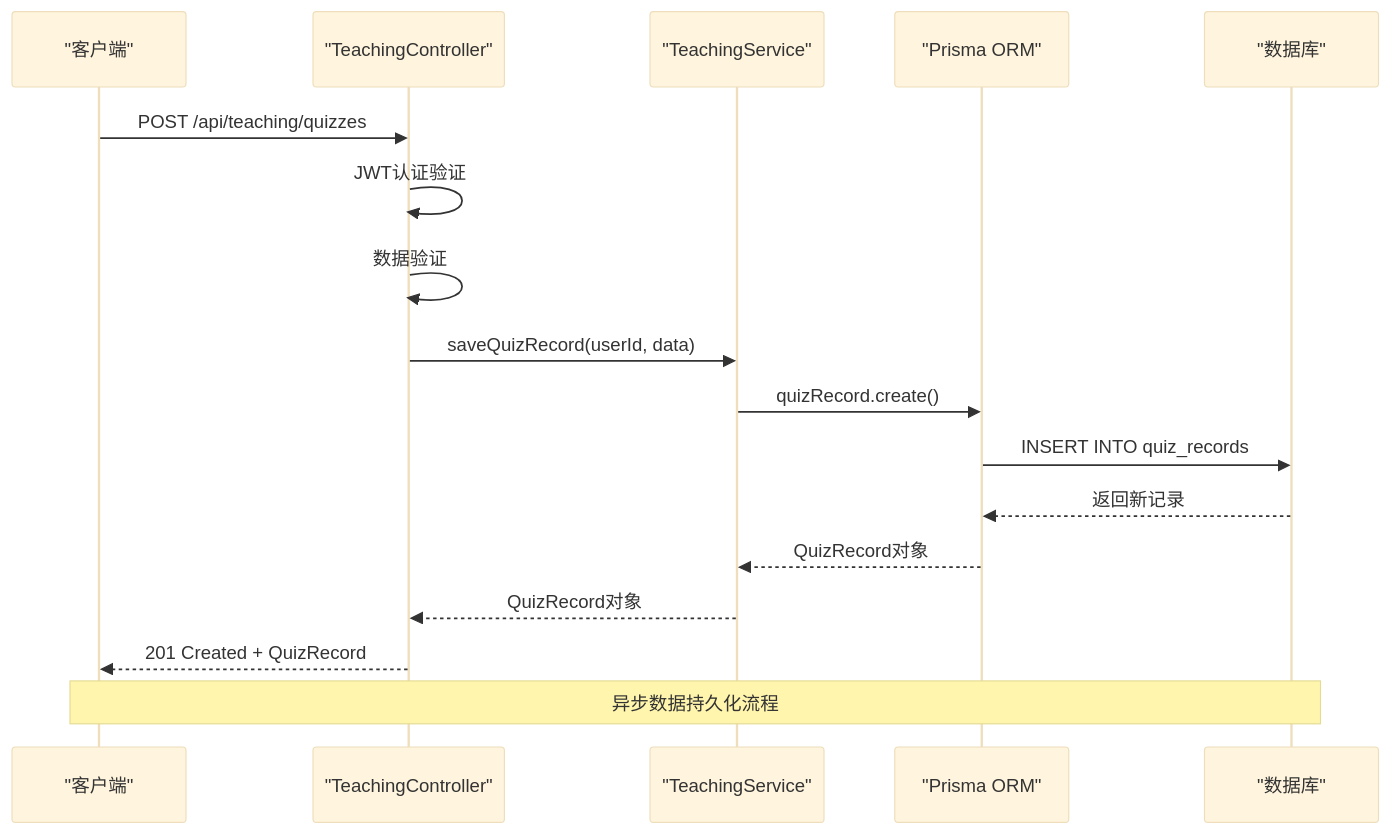
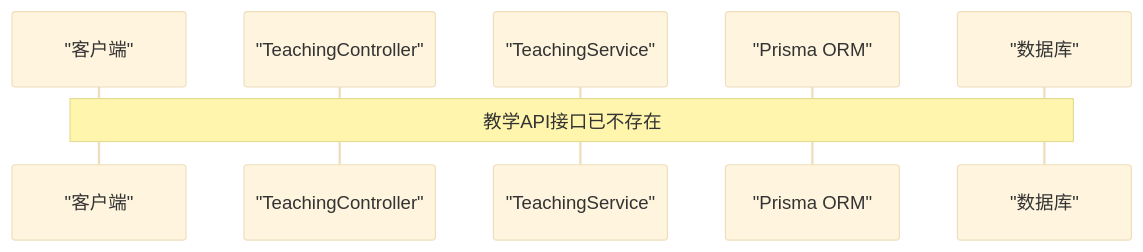
The fourth of 6 diagrams in .qoder/repowiki/zh/content/核心模块/教学模式基础设施.md (xixixiaoyu/Todo), drawn with Mermaid (base theme) before and after one commit. The commit also changed other lines of this file and 6 other files, not shown here.

````diff
--- a/.qoder/repowiki/zh/content/核心模块/教学模式基础设施.md
+++ b/.qoder/repowiki/zh/content/核心模块/教学模式基础设施.md
@@ -214,19 +182,9 @@
 ```mermaid
 sequenceDiagram
 participant Client as "客户端"
 participant Controller as "TeachingController"
 participant Service as "TeachingService"
 participant Prisma as "Prisma ORM"
 participant DB as "数据库"
-Client->>Controller : POST /api/teaching/quizzes
-Controller->>Controller : JWT认证验证
-Controller->>Controller : 数据验证
-Controller->>Service : saveQuizRecord(userId, data)
-Service->>Prisma : quizRecord.create()
-Prisma->>DB : INSERT INTO quiz_records
-DB-->>Prisma : 返回新记录
-Prisma-->>Service : QuizRecord对象
-Service-->>Controller : QuizRecord对象
-Controller-->>Client : 201 Created + QuizRecord
-Note over Client,DB : 异步数据持久化流程
+Note over Client,DB : 教学API接口已不存在
 ```
````
